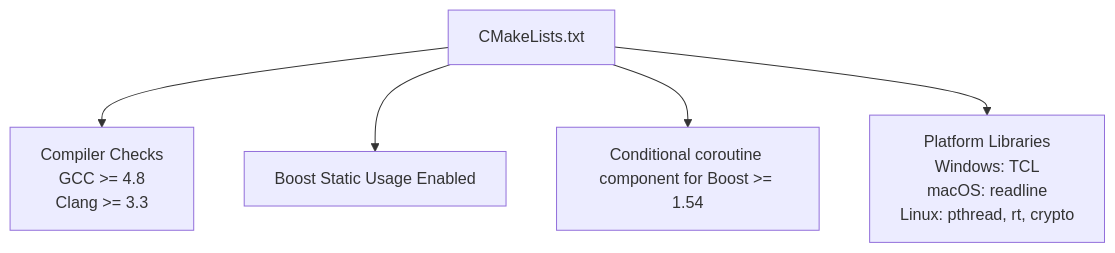
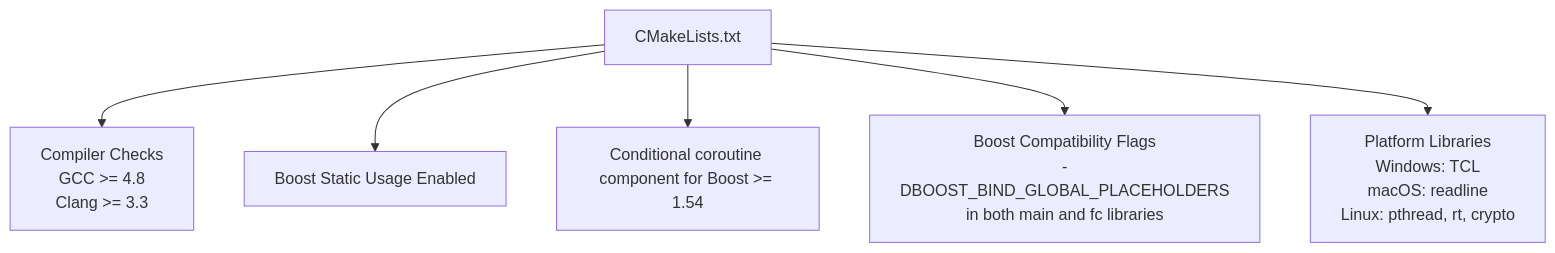
One commit to VIZ-Blockchain/viz-cpp-node changed the ninth of 9 diagrams in .qoder/repowiki/en/content/Development Tools/Build System/CMake Configuration/Platform Configurations.md. Above: the diagram before and after it, drawn with Mermaid. The commit also changed other lines of this file and 7 other files, not shown here.

````diff
--- a/.qoder/repowiki/en/content/Development Tools/Build System/CMake Configuration/Platform Configurations.md
+++ b/.qoder/repowiki/en/content/Development Tools/Build System/CMake Configuration/Platform Configurations.md
@@ -293,12 +308,14 @@
 ```mermaid
 graph TB
 Compilers["Compiler Checks<br/>GCC >= 4.8<br/>Clang >= 3.3"]
 BoostCfg["Boost Static Usage Enabled"]
 CoroutineFix["Conditional coroutine component for Boost >= 1.54"]
+BoostCompat["Boost Compatibility Flags<br/>-DBOOST_BIND_GLOBAL_PLACEHOLDERS<br/>in both main and fc libraries"]
 PlatformLibs["Platform Libraries<br/>Windows: TCL<br/>macOS: readline<br/>Linux: pthread, rt, crypto"]
 Root["CMakeLists.txt"]
 Root --> Compilers
 Root --> BoostCfg
 Root --> CoroutineFix
+Root --> BoostCompat
 Root --> PlatformLibs
 ```
````
